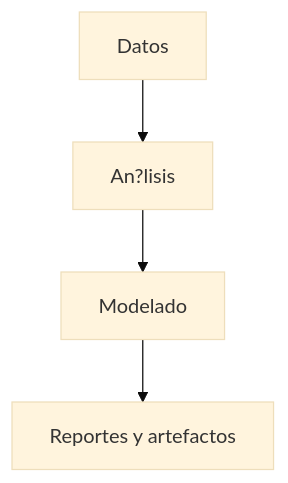
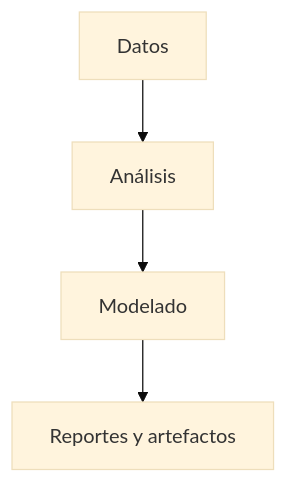
The diagram in 02-Tratamiento_de_Datos/README.md (FrankYesid/Ruta_aprendizaje_2026), drawn with Mermaid (base theme) before and after one commit. The commit also changed other lines of this file and 9 other files, not shown here.

````diff
--- a/02-Tratamiento_de_Datos/README.md
+++ b/02-Tratamiento_de_Datos/README.md
@@ -26,6 +26,6 @@
     ```mermaid
     flowchart TD
-        A[Datos] --> B[An?lisis]
+        A[Datos] --> B[Análisis]
         B --> C[Modelado]
         C --> D[Reportes y artefactos]
     ```
````
